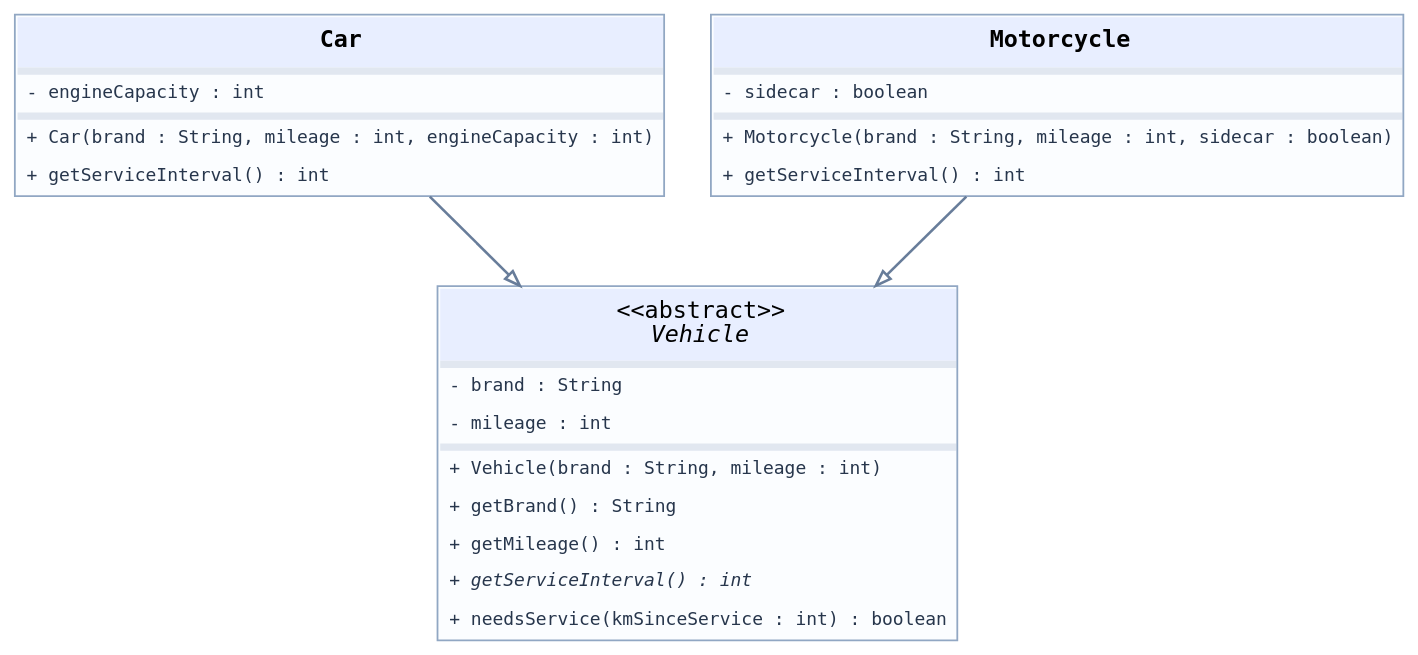
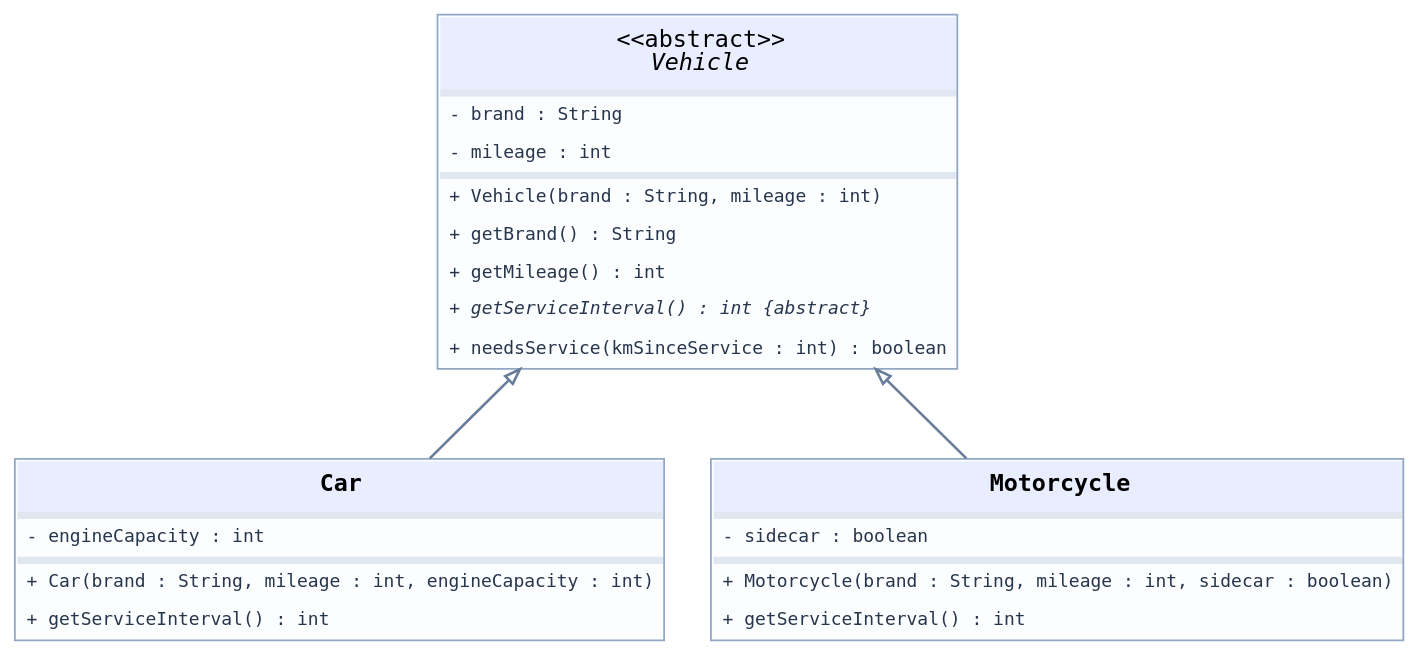
The diagram in content/chapters/10-absztrakt-osztalyok/media/task-vehicles-hu.dot (edetroll/java-oop), drawn with Graphviz before and after one commit. The commit also changed 41 other files, not shown here.

```diff
--- a/content/chapters/10-absztrakt-osztalyok/media/task-vehicles-hu.dot
+++ b/content/chapters/10-absztrakt-osztalyok/media/task-vehicles-hu.dot
@@ -1,8 +1,8 @@
-digraph UML { graph [rankdir=TB,bgcolor="transparent",pad="0.12",nodesep="0.36",ranksep="0.7",splines=polyline];
+digraph UML { graph [rankdir=BT,bgcolor="transparent",pad="0.12",nodesep="0.36",ranksep="0.7",splines=polyline];
 node [shape=plain]; edge [color="#687d9a",penwidth=1.45,arrowsize=0.85];
-"Vehicle" [label=<<TABLE BORDER="1" CELLBORDER="0" CELLSPACING="0" COLOR="#91a7c3" BGCOLOR="#fbfdff"><TR><TD BGCOLOR="#e8eeff" CELLPADDING="7"><FONT FACE="DejaVu Sans Mono" POINT-SIZE="13">&lt;&lt;abstract&gt;&gt;<BR/><I>Vehicle</I></FONT></TD></TR><TR><TD BGCOLOR="#e1e7f0" HEIGHT="2"></TD></TR><TR><TD ALIGN="LEFT" CELLPADDING="5"><FONT FACE="DejaVu Sans Mono" POINT-SIZE="10" COLOR="#27364c">- brand : String</FONT></TD></TR><TR><TD ALIGN="LEFT" CELLPADDING="5"><FONT FACE="DejaVu Sans Mono" POINT-SIZE="10" COLOR="#27364c">- mileage : int</FONT></TD></TR><TR><TD BGCOLOR="#e1e7f0" HEIGHT="2"></TD></TR><TR><TD ALIGN="LEFT" CELLPADDING="5"><FONT FACE="DejaVu Sans Mono" POINT-SIZE="10" COLOR="#27364c">+ Vehicle(brand : String, mileage : int)</FONT></TD></TR><TR><TD ALIGN="LEFT" CELLPADDING="5"><FONT FACE="DejaVu Sans Mono" POINT-SIZE="10" COLOR="#27364c">+ getBrand() : String</FONT></TD></TR><TR><TD ALIGN="LEFT" CELLPADDING="5"><FONT FACE="DejaVu Sans Mono" POINT-SIZE="10" COLOR="#27364c">+ getMileage() : int</FONT></TD></TR><TR><TD ALIGN="LEFT" CELLPADDING="5"><FONT FACE="DejaVu Sans Mono" POINT-SIZE="10" COLOR="#27364c"><I>+ getServiceInterval() : int</I></FONT></TD></TR><TR><TD ALIGN="LEFT" CELLPADDING="5"><FONT FACE="DejaVu Sans Mono" POINT-SIZE="10" COLOR="#27364c">+ needsService(kmSinceService : int) : boolean</FONT></TD></TR></TABLE>>];
+"Vehicle" [label=<<TABLE BORDER="1" CELLBORDER="0" CELLSPACING="0" COLOR="#91a7c3" BGCOLOR="#fbfdff"><TR><TD BGCOLOR="#e8eeff" CELLPADDING="7"><FONT FACE="DejaVu Sans Mono" POINT-SIZE="13">&lt;&lt;abstract&gt;&gt;<BR/><I>Vehicle</I></FONT></TD></TR><TR><TD BGCOLOR="#e1e7f0" HEIGHT="2"></TD></TR><TR><TD ALIGN="LEFT" CELLPADDING="5"><FONT FACE="DejaVu Sans Mono" POINT-SIZE="10" COLOR="#27364c">- brand : String</FONT></TD></TR><TR><TD ALIGN="LEFT" CELLPADDING="5"><FONT FACE="DejaVu Sans Mono" POINT-SIZE="10" COLOR="#27364c">- mileage : int</FONT></TD></TR><TR><TD BGCOLOR="#e1e7f0" HEIGHT="2"></TD></TR><TR><TD ALIGN="LEFT" CELLPADDING="5"><FONT FACE="DejaVu Sans Mono" POINT-SIZE="10" COLOR="#27364c">+ Vehicle(brand : String, mileage : int)</FONT></TD></TR><TR><TD ALIGN="LEFT" CELLPADDING="5"><FONT FACE="DejaVu Sans Mono" POINT-SIZE="10" COLOR="#27364c">+ getBrand() : String</FONT></TD></TR><TR><TD ALIGN="LEFT" CELLPADDING="5"><FONT FACE="DejaVu Sans Mono" POINT-SIZE="10" COLOR="#27364c">+ getMileage() : int</FONT></TD></TR><TR><TD ALIGN="LEFT" CELLPADDING="5"><FONT FACE="DejaVu Sans Mono" POINT-SIZE="10" COLOR="#27364c"><I>+ getServiceInterval() : int {abstract}</I></FONT></TD></TR><TR><TD ALIGN="LEFT" CELLPADDING="5"><FONT FACE="DejaVu Sans Mono" POINT-SIZE="10" COLOR="#27364c">+ needsService(kmSinceService : int) : boolean</FONT></TD></TR></TABLE>>];
 "Car" [label=<<TABLE BORDER="1" CELLBORDER="0" CELLSPACING="0" COLOR="#91a7c3" BGCOLOR="#fbfdff"><TR><TD BGCOLOR="#e8eeff" CELLPADDING="7"><FONT FACE="DejaVu Sans Mono" POINT-SIZE="13"><B>Car</B></FONT></TD></TR><TR><TD BGCOLOR="#e1e7f0" HEIGHT="2"></TD></TR><TR><TD ALIGN="LEFT" CELLPADDING="5"><FONT FACE="DejaVu Sans Mono" POINT-SIZE="10" COLOR="#27364c">- engineCapacity : int</FONT></TD></TR><TR><TD BGCOLOR="#e1e7f0" HEIGHT="2"></TD></TR><TR><TD ALIGN="LEFT" CELLPADDING="5"><FONT FACE="DejaVu Sans Mono" POINT-SIZE="10" COLOR="#27364c">+ Car(brand : String, mileage : int, engineCapacity : int)</FONT></TD></TR><TR><TD ALIGN="LEFT" CELLPADDING="5"><FONT FACE="DejaVu Sans Mono" POINT-SIZE="10" COLOR="#27364c">+ getServiceInterval() : int</FONT></TD></TR></TABLE>>];
 "Motorcycle" [label=<<TABLE BORDER="1" CELLBORDER="0" CELLSPACING="0" COLOR="#91a7c3" BGCOLOR="#fbfdff"><TR><TD BGCOLOR="#e8eeff" CELLPADDING="7"><FONT FACE="DejaVu Sans Mono" POINT-SIZE="13"><B>Motorcycle</B></FONT></TD></TR><TR><TD BGCOLOR="#e1e7f0" HEIGHT="2"></TD></TR><TR><TD ALIGN="LEFT" CELLPADDING="5"><FONT FACE="DejaVu Sans Mono" POINT-SIZE="10" COLOR="#27364c">- sidecar : boolean</FONT></TD></TR><TR><TD BGCOLOR="#e1e7f0" HEIGHT="2"></TD></TR><TR><TD ALIGN="LEFT" CELLPADDING="5"><FONT FACE="DejaVu Sans Mono" POINT-SIZE="10" COLOR="#27364c">+ Motorcycle(brand : String, mileage : int, sidecar : boolean)</FONT></TD></TR><TR><TD ALIGN="LEFT" CELLPADDING="5"><FONT FACE="DejaVu Sans Mono" POINT-SIZE="10" COLOR="#27364c">+ getServiceInterval() : int</FONT></TD></TR></TABLE>>];
 "Car" -> "Vehicle" [arrowhead=empty];
 "Motorcycle" -> "Vehicle" [arrowhead=empty];
 }
```
